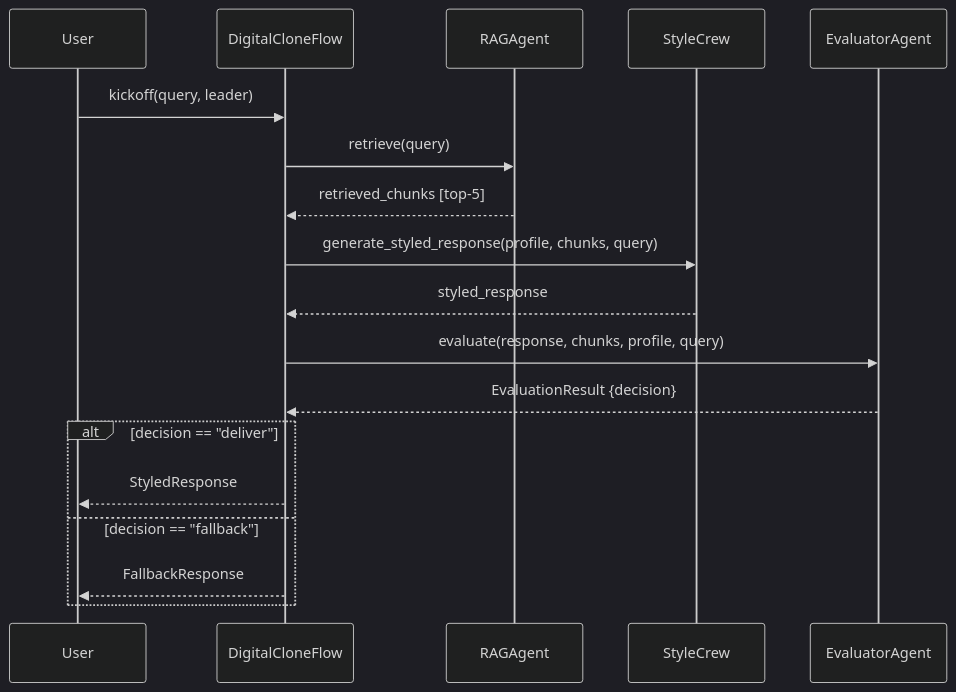
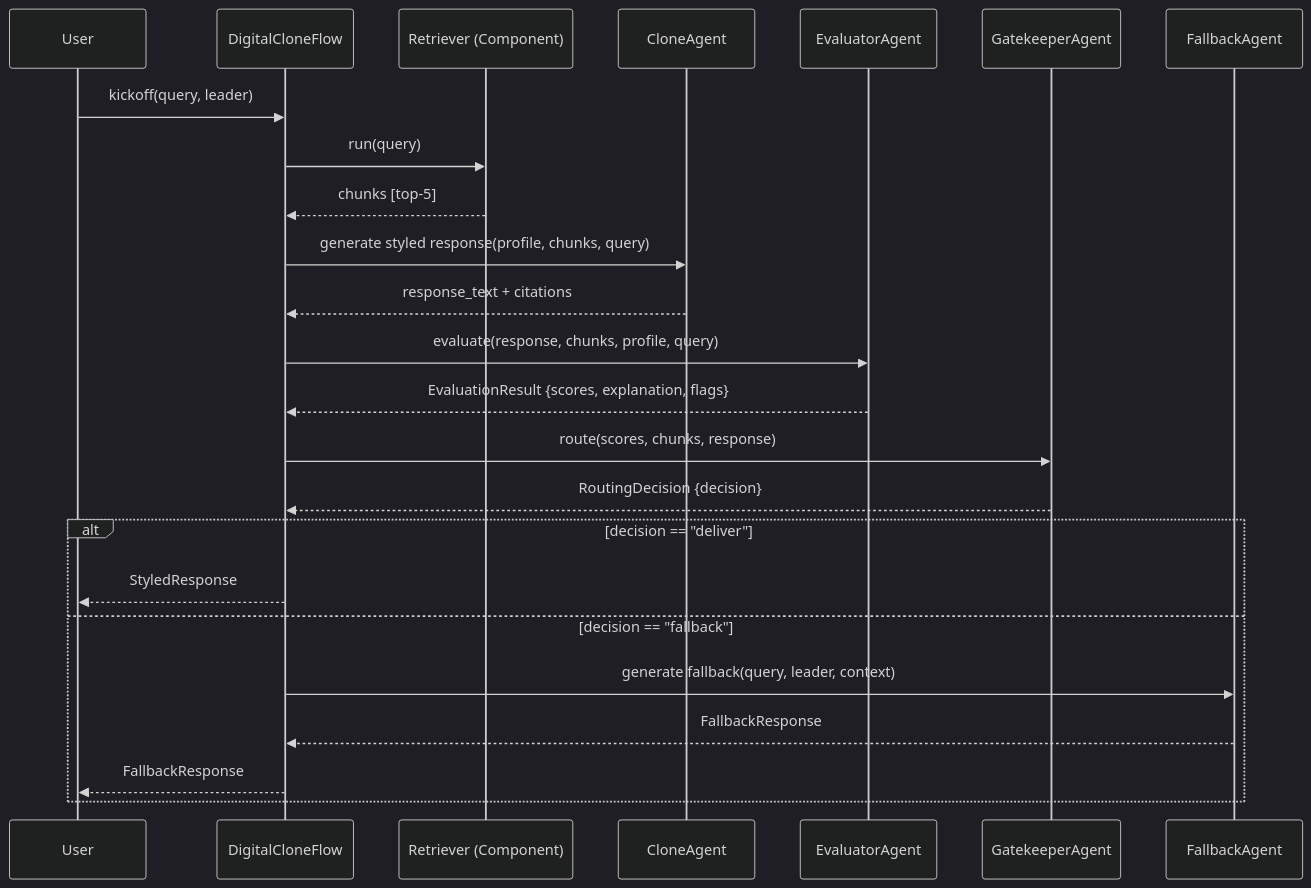
The first of 2 diagrams in docs/adr/ADR-005-shared-rag-dual-leader-mode.md (rubsj/ai-digital-clone), drawn with Mermaid (dark theme) before and after one commit. The commit also changed other lines of this file and 6 other files, not shown here.

````diff
--- a/docs/adr/ADR-005-shared-rag-dual-leader-mode.md
+++ b/docs/adr/ADR-005-shared-rag-dual-leader-mode.md
@@ -53,21 +55,27 @@
 ```mermaid
 sequenceDiagram
     participant U as User
     participant F as DigitalCloneFlow
-    participant R as RAGAgent
-    participant S as StyleCrew
+    participant R as Retriever (Component)
+    participant C as CloneAgent
     participant E as EvaluatorAgent
+    participant G as GatekeeperAgent
+    participant FB as FallbackAgent
 
     U->>F: kickoff(query, leader)
-    F->>R: retrieve(query)
-    R-->>F: retrieved_chunks [top-5]
-    F->>S: generate_styled_response(profile, chunks, query)
-    S-->>F: styled_response
+    F->>R: run(query)
+    R-->>F: chunks [top-5]
+    F->>C: generate styled response(profile, chunks, query)
+    C-->>F: response_text + citations
     F->>E: evaluate(response, chunks, profile, query)
-    E-->>F: EvaluationResult {decision}
+    E-->>F: EvaluationResult {scores, explanation, flags}
+    F->>G: route(scores, chunks, response)
+    G-->>F: RoutingDecision {decision}
     alt decision == "deliver"
         F-->>U: StyledResponse
     else decision == "fallback"
+        F->>FB: generate fallback(query, leader, context)
+        FB-->>F: FallbackResponse
         F-->>U: FallbackResponse
     end
 ```
````
